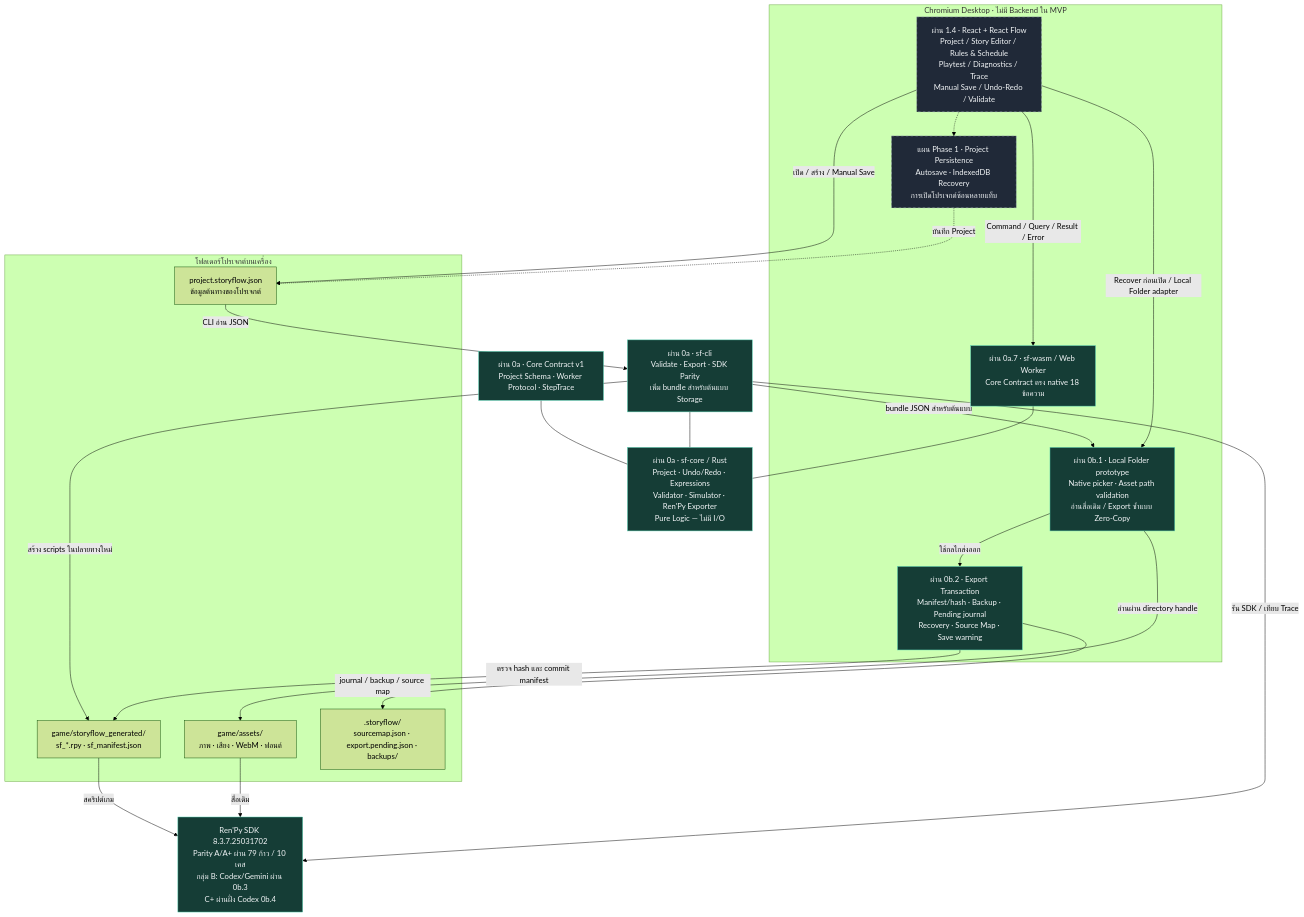
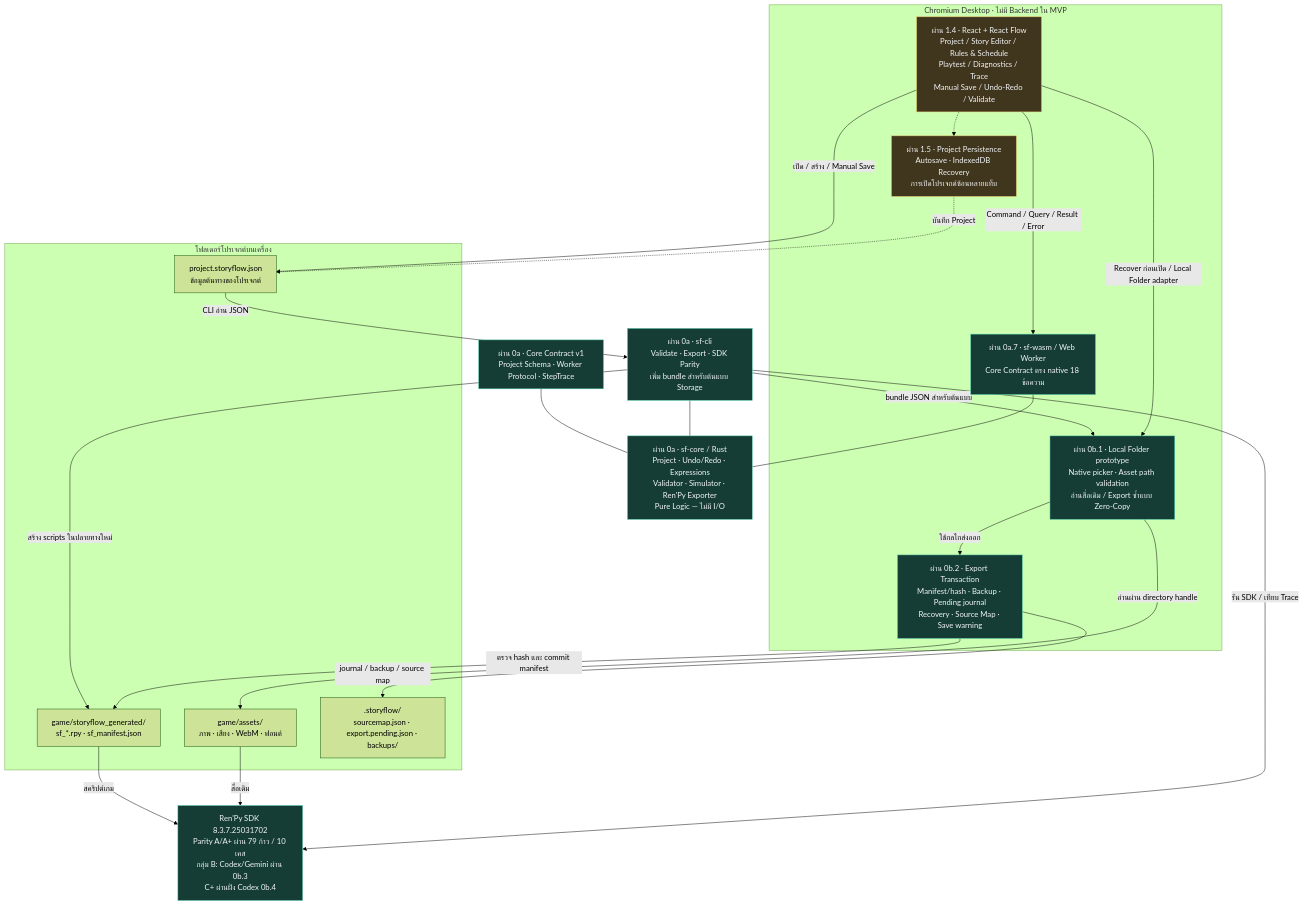
One commit to anuwatm/GameStudio changed the first of 2 diagrams in readme.md. Above: the diagram before and after it, drawn with Mermaid (forest theme). The commit also changed other lines of this file and 47 other files, not shown here.

Commit message:
feat: complete and accept Phase 1.5 (Autosave, IndexedDB Recovery, and Web Locks)

````diff
--- a/readme.md
+++ b/readme.md
@@ -38,48 +38,48 @@
 ```mermaid
 flowchart TB
     Contract["ผ่าน 0a · Core Contract v1<br/>Project Schema · Worker Protocol · StepTrace"]
     Core["ผ่าน 0a · sf-core / Rust<br/>Project · Undo/Redo · Expressions<br/>Validator · Simulator · Ren'Py Exporter<br/>Pure Logic — ไม่มี I/O"]
     CLI["ผ่าน 0a · sf-cli<br/>Validate · Export · SDK Parity<br/>เพิ่ม bundle สำหรับต้นแบบ Storage"]
 
     subgraph Browser["Chromium Desktop · ไม่มี Backend ใน MVP"]
         UI["ผ่าน 1.4 · React + React Flow<br/>Project / Story Editor / Rules & Schedule<br/>Playtest / Diagnostics / Trace<br/>Manual Save / Undo-Redo / Validate"]
         Worker["ผ่าน 0a.7 · sf-wasm / Web Worker<br/>Core Contract ตรง native 18 ข้อความ"]
         Local["ผ่าน 0b.1 · Local Folder prototype<br/>Native picker · Asset path validation<br/>อ่านสื่อเดิม / Export ซ้ำแบบ Zero-Copy"]
         Tx["ผ่าน 0b.2 · Export Transaction<br/>Manifest/hash · Backup · Pending journal<br/>Recovery · Source Map · Save warning"]
-        Save["แผน Phase 1 · Project Persistence<br/>Autosave · IndexedDB Recovery<br/>การเปิดโปรเจกต์ซ้อนหลายแท็บ"]
+        Save["ผ่าน 1.5 · Project Persistence<br/>Autosave · IndexedDB Recovery<br/>การเปิดโปรเจกต์ซ้อนหลายแท็บ"]
     end
 
     subgraph Disk["โฟลเดอร์โปรเจกต์บนเครื่อง"]
         Project["project.storyflow.json<br/>ข้อมูลต้นทางของโปรเจกต์"]
         Assets["game/assets/<br/>ภาพ · เสียง · WebM · ฟอนต์"]
         Generated["game/storyflow_generated/<br/>sf_*.rpy · sf_manifest.json"]
         Meta[".storyflow/<br/>sourcemap.json · export.pending.json · backups/"]
     end
     SDK["Ren'Py SDK 8.3.7.25031702<br/>Parity A/A+ ผ่าน 79 ก้าว / 10 เคส<br/>กลุ่ม B: Codex/Gemini ผ่าน 0b.3<br/>C+ ผ่านฝั่ง Codex 0b.4"]
 
     Contract --- Core
     CLI --- Core
     Worker --- Core
     Project -->|"CLI อ่าน JSON"| CLI
     CLI -->|"สร้าง scripts ในปลายทางใหม่"| Generated
     CLI -->|"bundle JSON สำหรับต้นแบบ"| Local
     Local -->|"อ่านผ่าน directory handle"| Assets
     Local -->|"ใช้กลไกส่งออก"| Tx
     Tx -->|"ตรวจ hash และ commit manifest"| Generated
     Tx -->|"journal / backup / source map"| Meta
     UI -->|"Command / Query / Result / Error"| Worker
     UI -->|"Recover ก่อนเปิด / Local Folder adapter"| Local
     UI -->|"เปิด / สร้าง / Manual Save"| Project
     UI -.-> Save
     Save -.->|"บันทึก Project"| Project
     Generated -->|"สคริปต์เกม"| SDK
     Assets -->|"สื่อเดิม"| SDK
     CLI -->|"รัน SDK / เทียบ Trace"| SDK
 
     classDef passed fill:#153d36,stroke:#58d4b4,color:#f2f5f7
     classDef prototype fill:#40351d,stroke:#e2b95c,color:#f2f5f7
     classDef planned fill:#202938,stroke:#a8b5c7,color:#f2f5f7,stroke-dasharray:5 5
     class Contract,Core,CLI,Worker,Local,Tx,SDK passed
 
-    class UI,Save planned
+    class UI,Save prototype
 ```
````
